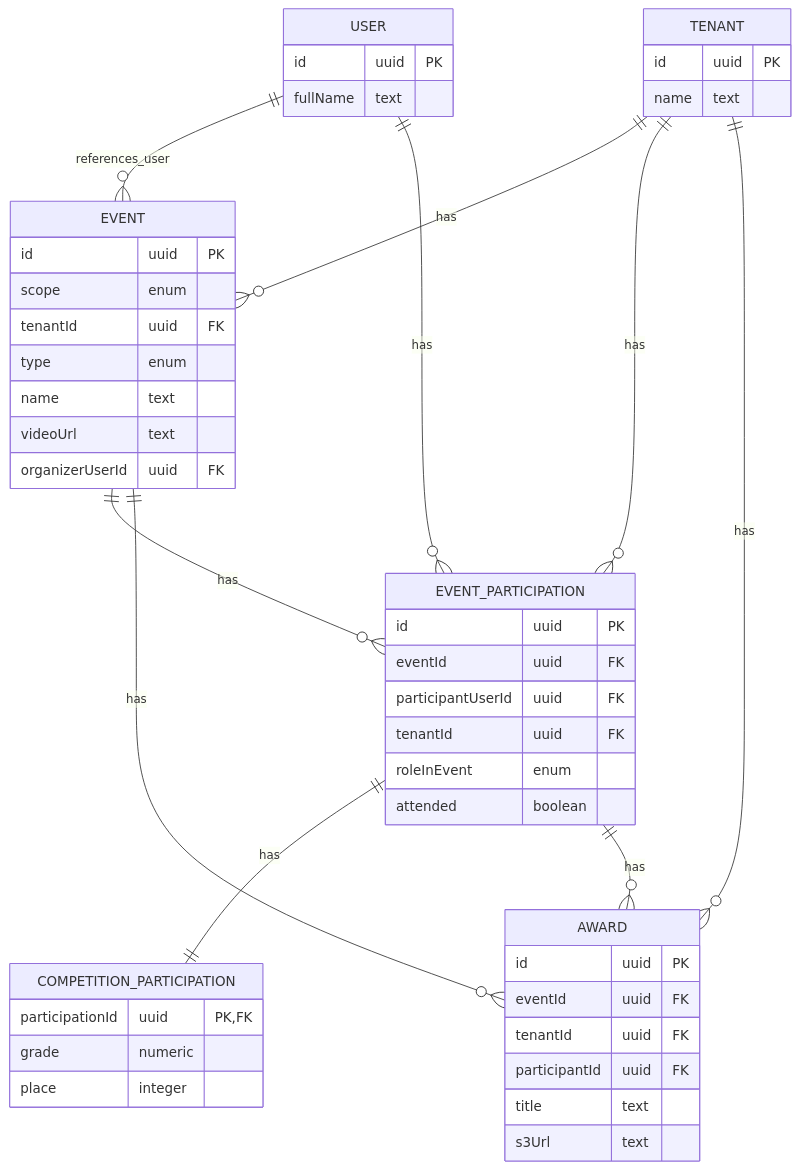
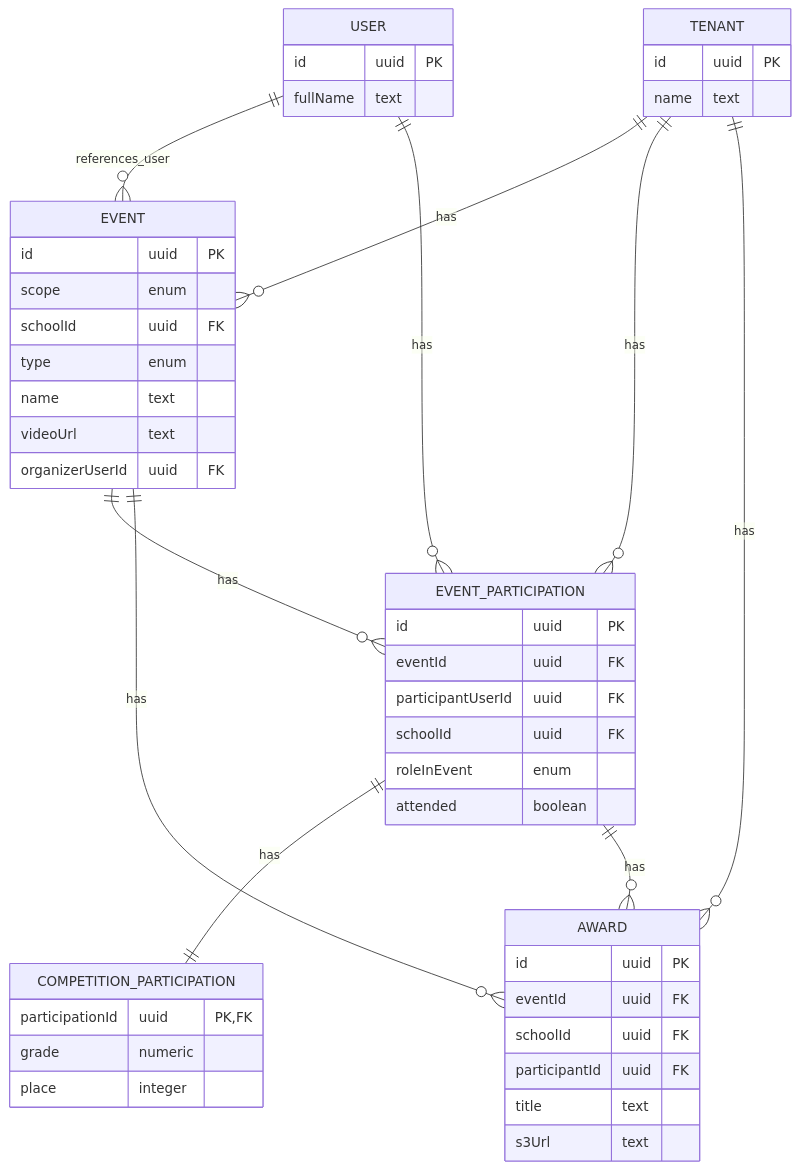
The third of 4 diagrams in architecture-homework/diagrams/erd.md (KaterynaKocheharova/Multi-tenant-architecture), drawn with Mermaid before and after one commit. The commit also changed other lines of this file and 9 other files, not shown here.

````diff
--- a/architecture-homework/diagrams/erd.md
+++ b/architecture-homework/diagrams/erd.md
@@ -224,56 +224,56 @@
 ```mermaid
 erDiagram
     TENANT {
         id uuid PK
         name text
     }
 
     USER {
         id uuid PK
         fullName text
     }
 
     EVENT {
         id uuid PK
         scope enum
-        tenantId uuid FK
+        schoolId uuid FK
         type enum
         name text
         videoUrl text
         organizerUserId uuid FK
     }
 
     EVENT_PARTICIPATION {
         id uuid PK
         eventId uuid FK
         participantUserId uuid FK
-        tenantId uuid FK
+        schoolId uuid FK
         roleInEvent enum
         attended boolean
     }
 
     COMPETITION_PARTICIPATION {
         participationId uuid PK, FK
         grade numeric
         place integer
     }
 
     AWARD {
         id uuid PK
         eventId uuid FK
-        tenantId uuid FK
+        schoolId uuid FK
         participantId uuid FK
         title text
         s3Url text
     }
 
     TENANT ||--o{ EVENT : has
     USER ||--o{ EVENT : references_user
     EVENT ||--o{ EVENT_PARTICIPATION : has
     USER ||--o{ EVENT_PARTICIPATION : has
     TENANT ||--o{ EVENT_PARTICIPATION : has
     EVENT_PARTICIPATION ||--|| COMPETITION_PARTICIPATION : has
     EVENT ||--o{ AWARD : has
     EVENT_PARTICIPATION ||--o{ AWARD : has
     TENANT ||--o{ AWARD : has
 ```
````
